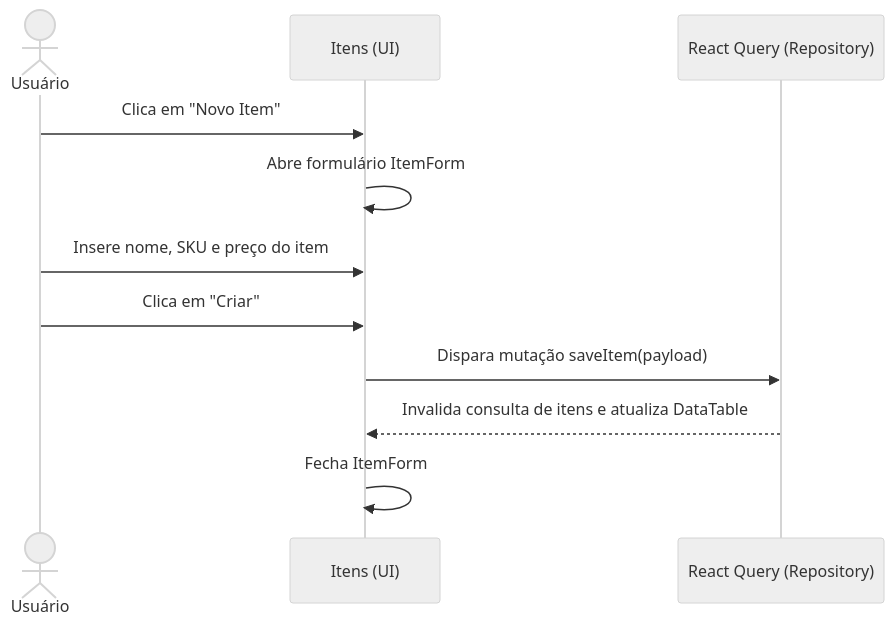
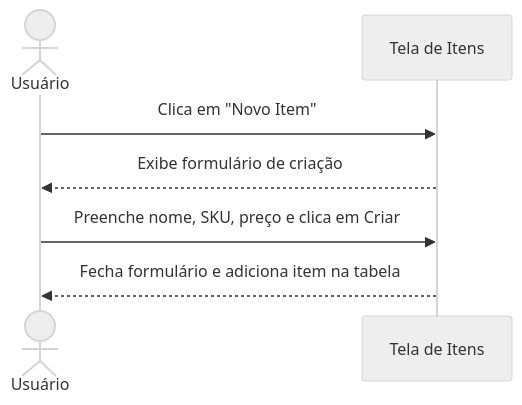
The first of 2 diagrams in docs/items/README.md (EdDevFront/sales-order-management-system), drawn with Mermaid (neutral theme) before and after one commit. The commit also changed other lines of this file and 5 other files, not shown here.

Commit message:
docs: add technical and non-technical sequence diagrams for all pages

````diff
--- a/docs/items/README.md
+++ b/docs/items/README.md
@@ -11,14 +13,10 @@
 ```mermaid
 sequenceDiagram
     actor Usuario as Usuário
-    participant UI as Itens (UI)
-    participant Repo as React Query (Repository)
+    participant Tela as Tela de Itens
 
-    Usuario->>UI: Clica em "Novo Item"
-    UI->>UI: Abre formulário ItemForm
-    Usuario->>UI: Insere nome, SKU e preço do item
-    Usuario->>UI: Clica em "Criar"
-    UI->>Repo: Dispara mutação saveItem(payload)
-    Repo-->>UI: Invalida consulta de itens e atualiza DataTable
-    UI->>UI: Fecha ItemForm
+    Usuario->>Tela: Clica em "Novo Item"
+    Tela-->>Usuario: Exibe formulário de criação
+    Usuario->>Tela: Preenche nome, SKU, preço e clica em Criar
+    Tela-->>Usuario: Fecha formulário e adiciona item na tabela
 ```
````
